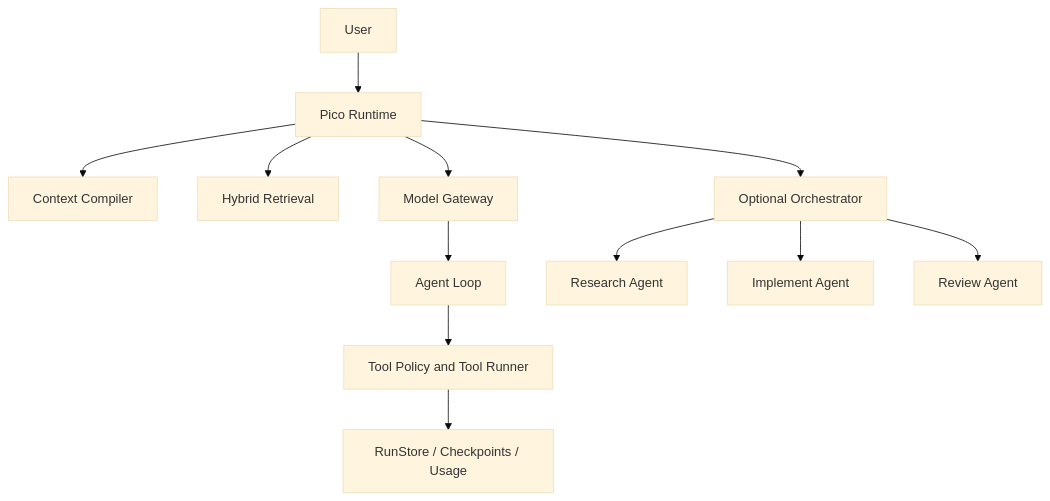
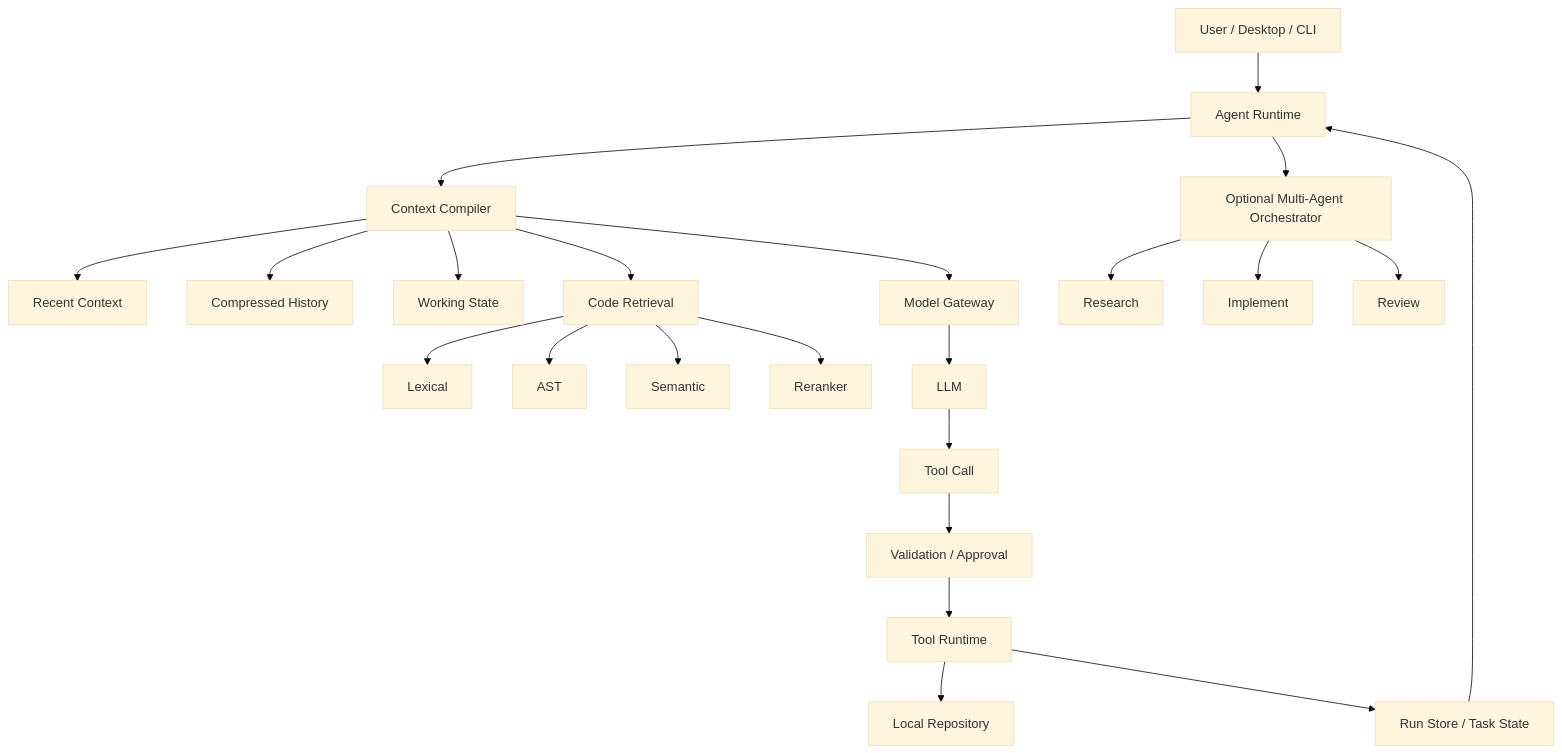
Before and after one commit to iXuue/Codecub: the diagram in README.md, drawn with Mermaid (base theme). The commit also changed other lines of this file, not shown here.

````diff
--- a/README.md
+++ b/README.md
@@ -26,15 +714,38 @@
 ```mermaid
 flowchart TD
-  User[User] --> Runtime[Pico Runtime]
-  Runtime --> Compiler[Context Compiler]
-  Runtime --> Retrieval[Hybrid Retrieval]
-  Runtime --> Gateway[Model Gateway]
-  Gateway --> Loop[Agent Loop]
-  Loop --> Tools[Tool Policy and Tool Runner]
-  Tools --> Store[RunStore / Checkpoints / Usage]
 
-  Runtime --> Orchestrator[Optional Orchestrator]
-  Orchestrator --> Research[Research Agent]
-  Orchestrator --> Implement[Implement Agent]
-  Orchestrator --> Review[Review Agent]
+    U[User / Desktop / CLI]
+
+    U --> R[Agent Runtime]
+
+    R --> C[Context Compiler]
+    C --> RC[Recent Context]
+    C --> CH[Compressed History]
+    C --> WS[Working State]
+    C --> RET[Code Retrieval]
+
+    RET --> L[Lexical]
+    RET --> A[AST]
+    RET --> S[Semantic]
+    RET --> RR[Reranker]
+
+    C --> MG[Model Gateway]
+
+    MG --> M[LLM]
+
+    M --> TC[Tool Call]
+
+    TC --> TV[Validation / Approval]
+    TV --> RT[Tool Runtime]
+
+    RT --> FS[Local Repository]
+    RT --> RS[Run Store / Task State]
+
+    RS --> R
+
+    R --> O[Optional Multi-Agent Orchestrator]
+
+    O --> RA[Research]
+    O --> IA[Implement]
+    O --> RV[Review]
 ```
````
